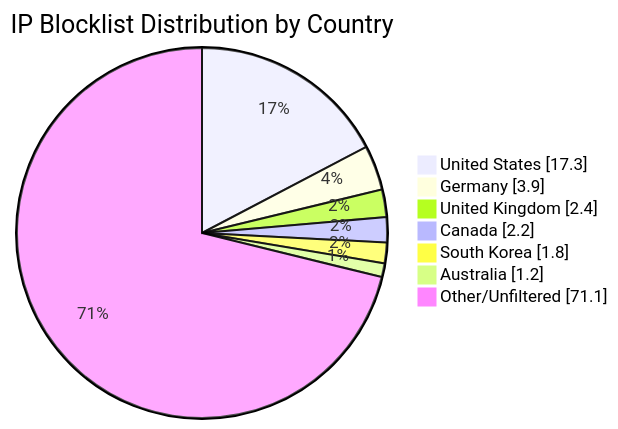
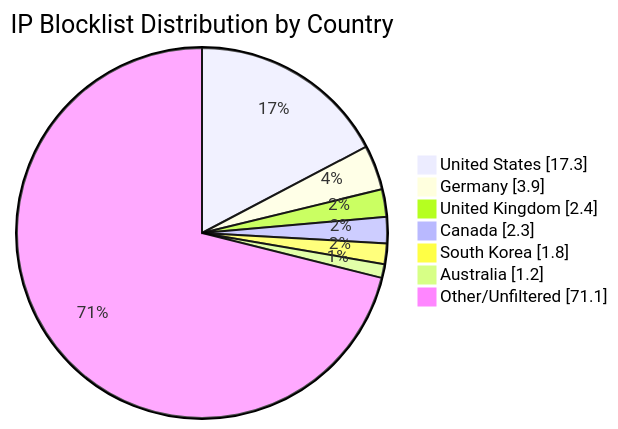
Before and after one commit to MarcusHoltz/ipblocklist-geofiltered-aggregator: the diagram in README.md, drawn with Mermaid. The commit also changed other lines of this file and 9 other files, not shown here.

````diff
--- a/README.md
+++ b/README.md
@@ -34,10 +34,10 @@
 ```mermaid
 pie showData title IP Blocklist Distribution by Country
 "United States" : 17.3
 "Germany" : 3.9
 "United Kingdom" : 2.4
-"Canada" : 2.2
+"Canada" : 2.3
 "South Korea" : 1.8
 "Australia" : 1.2
 "Other/Unfiltered" : 71.1
 ```
````
